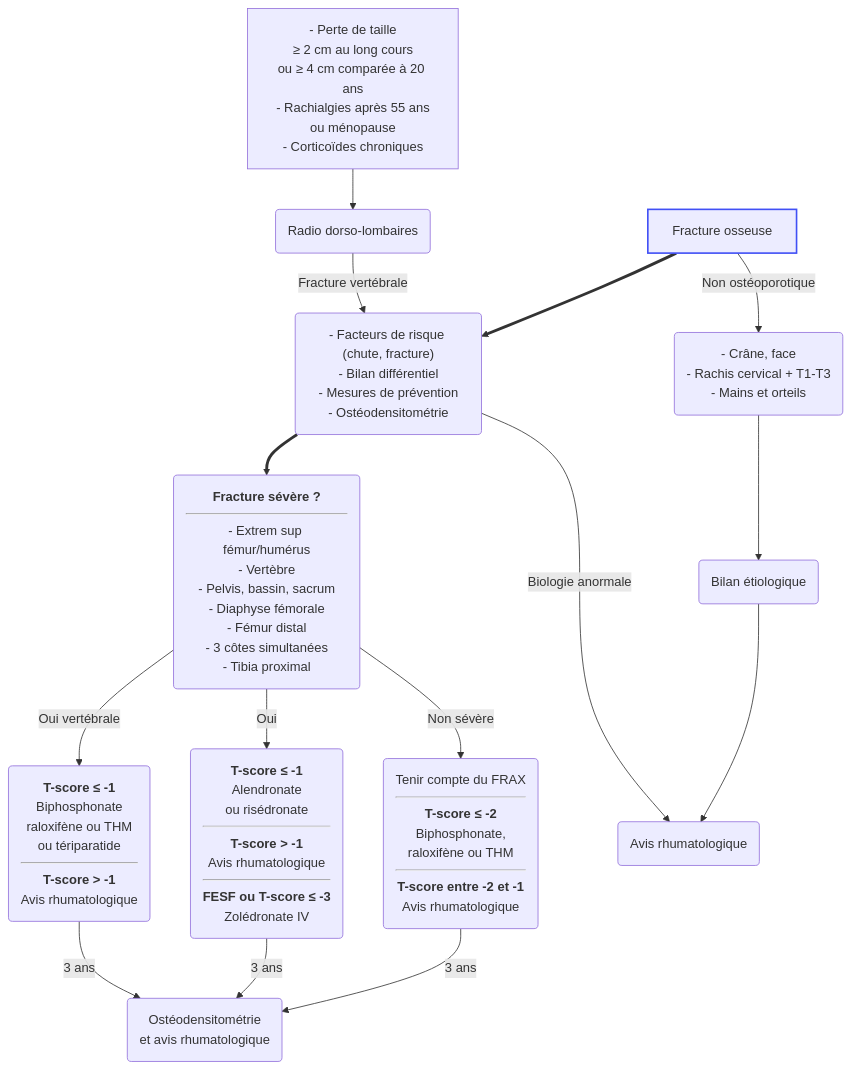
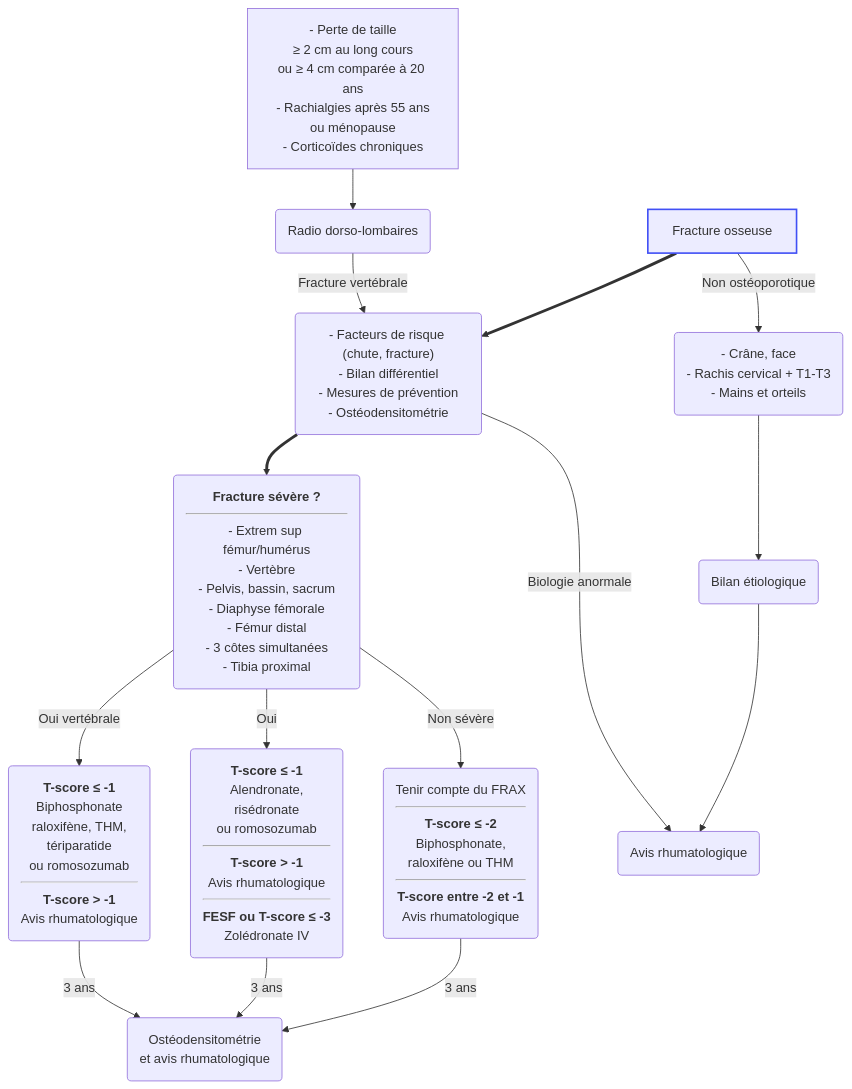
The second of 2 diagrams in content/recommandations/osteoporose.md (djibe/recommandations-medicales), drawn with Mermaid before and after one commit. The commit also changed other lines of this file and 4 other files, not shown here.

```diff
--- a/content/recommandations/osteoporose.md
+++ b/content/recommandations/osteoporose.md
@@ -533,13 +567,13 @@
 {{< mermaid title="Prise en charge de l'ostéoporose après fracture osseuse chez la femme. JB Fron d'après SFRhumato 2018, HAS 2019 BUM ostéoporose et HAS 2019 lombalgie" >}}
 graph TB
   perteTaille["- Perte de taille<br>≥ 2 cm au long cours<br>ou ≥ 4 cm comparée à 20 ans<br>- Rachialgies après 55 ans<br>ou ménopause<br>- Corticoïdes chroniques"] --> radio(Radio dorso-lombaires) -- Fracture vertébrale --> bilan
   fracture[Fracture osseuse]
   style fracture stroke:#4150f5, stroke-width:2px
   fracture ==> bilan("- Facteurs de risque (chute, fracture)<br>- Bilan différentiel<br>- Mesures de prévention<br>- Ostéodensitométrie")
     bilan ==> severe("<b>Fracture sévère ?</b><hr>- Extrem sup fémur/humérus<br>- Vertèbre<br>- Pelvis, bassin, sacrum<br>- Diaphyse fémorale<br>- Fémur distal<br>- 3 côtes simultanées<br>- Tibia proximal")
-      severe -- Oui vertébrale --> traitementVertebre("<b>T-score ≤ -1</b><br>Biphosphonate<br>raloxifène ou THM<br>ou tériparatide<hr><b>T-score &gt; -1</b><br>Avis rhumatologique") -- 3 ans --> DXA
-      severe -- Oui --> traitement("<b>T-score ≤ -1</b><br>Alendronate<br>ou risédronate<hr><b>T-score &gt; -1</b><br>Avis rhumatologique<hr><b>FESF ou T-score ≤ -3</b><br>Zolédronate IV") -- 3 ans --> DXA("Ostéodensitométrie<br>et avis rhumatologique")
+      severe -- Oui vertébrale --> traitementVertebre("<b>T-score ≤ -1</b><br>Biphosphonate<br>raloxifène, THM,<br> tériparatide<br>ou romosozumab<hr><b>T-score &gt; -1</b><br>Avis rhumatologique") -- 3 ans --> DXA
+      severe -- Oui --> traitement("<b>T-score ≤ -1</b><br>Alendronate,<br>risédronate<br>ou romosozumab<hr><b>T-score &gt; -1</b><br>Avis rhumatologique<hr><b>FESF ou T-score ≤ -3</b><br>Zolédronate IV") -- 3 ans --> DXA("Ostéodensitométrie<br>et avis rhumatologique")
       severe -- Non sévère --> nonSevere("Tenir compte du FRAX<hr><b>T-score ≤ -2</b><br>Biphosphonate,<br>raloxifène ou THM<hr><b>T-score entre -2 et -1</b><br>Avis rhumatologique") -- 3 ans --> DXA
     bilan -- Biologie anormale --> avisSpe
   fracture -- Non ostéoporotique --> nonOsteoporotique("- Crâne, face<br>- Rachis cervical + T1-T3<br>- Mains et orteils") --> etiologique(Bilan étiologique) --> avisSpe(Avis rhumatologique)
 {{< /mermaid >}}
```
